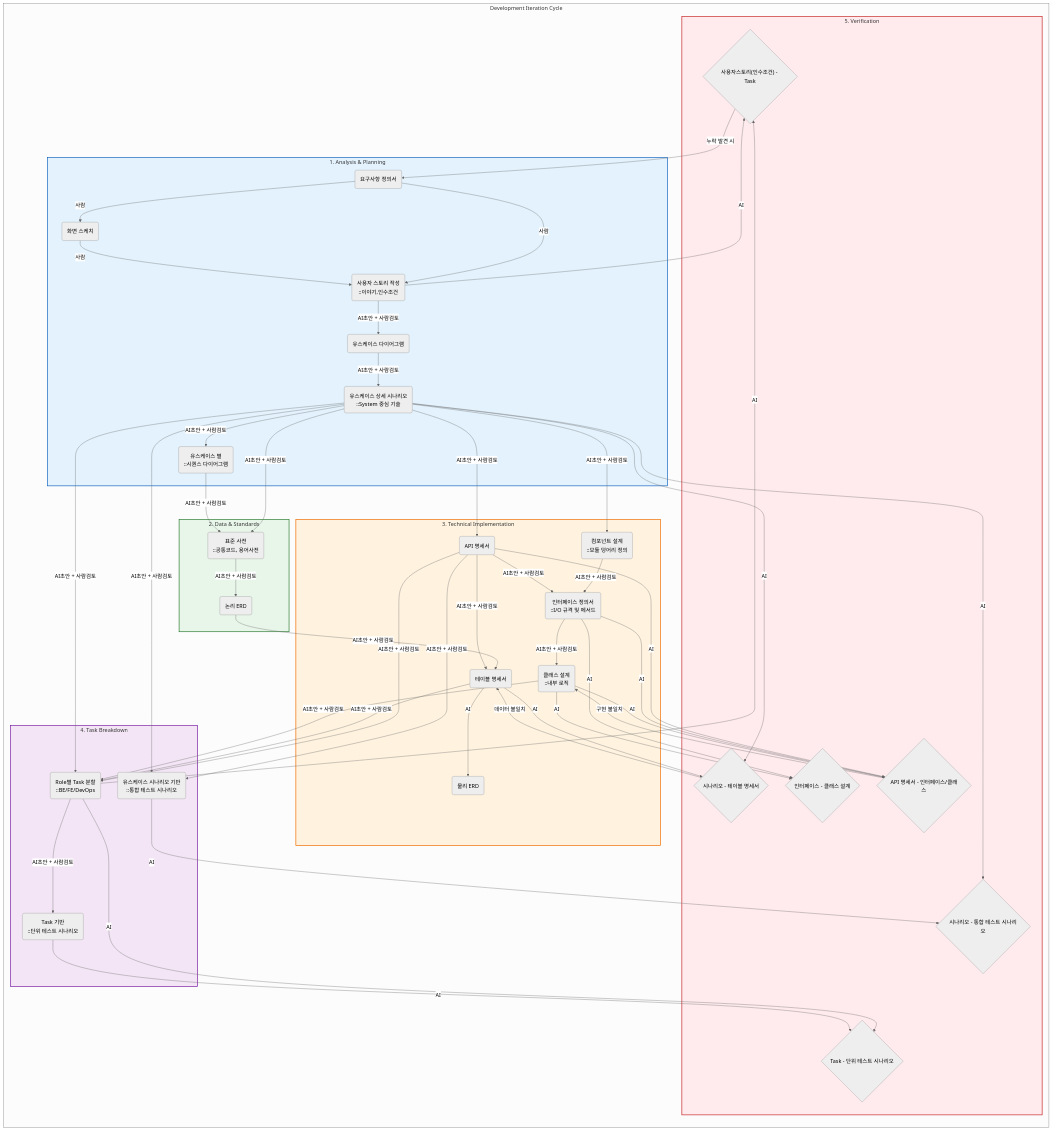
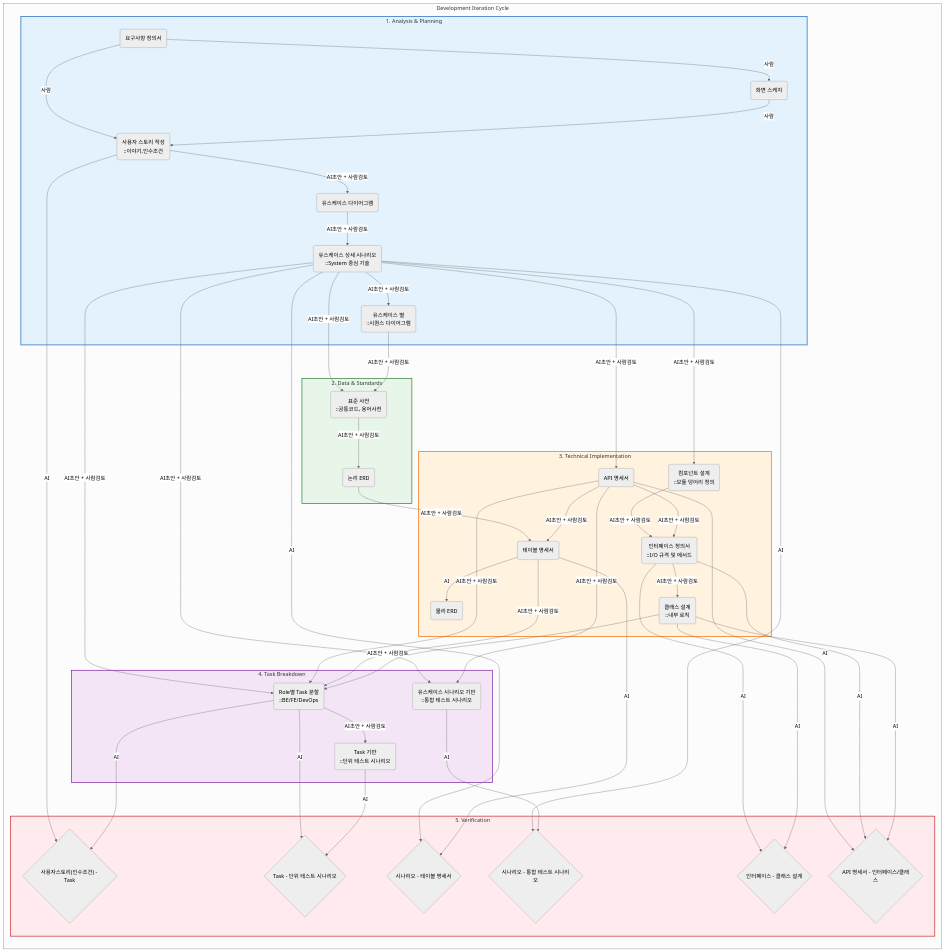
The first of 2 diagrams in documents/README.md (thanksLee/vitamin-monorepo), drawn with Mermaid (neutral theme) before and after one commit.

Commit message:
Remove feedback loop details from README
Removed feedback loop section from README.

````diff
--- a/documents/README.md
+++ b/documents/README.md
@@ -91,9 +91,4 @@
     P3:::phase3
     P4:::phase4
     P5:::phase5
-
-    %% 피드백 루프 (Feedback Loop)
-    P5A -- "누락 발견 시" --> P1A
-    P5C -- "데이터 불일치" --> P3B
-    P5F -- "구현 불일치" --> P3E
 ```
````
